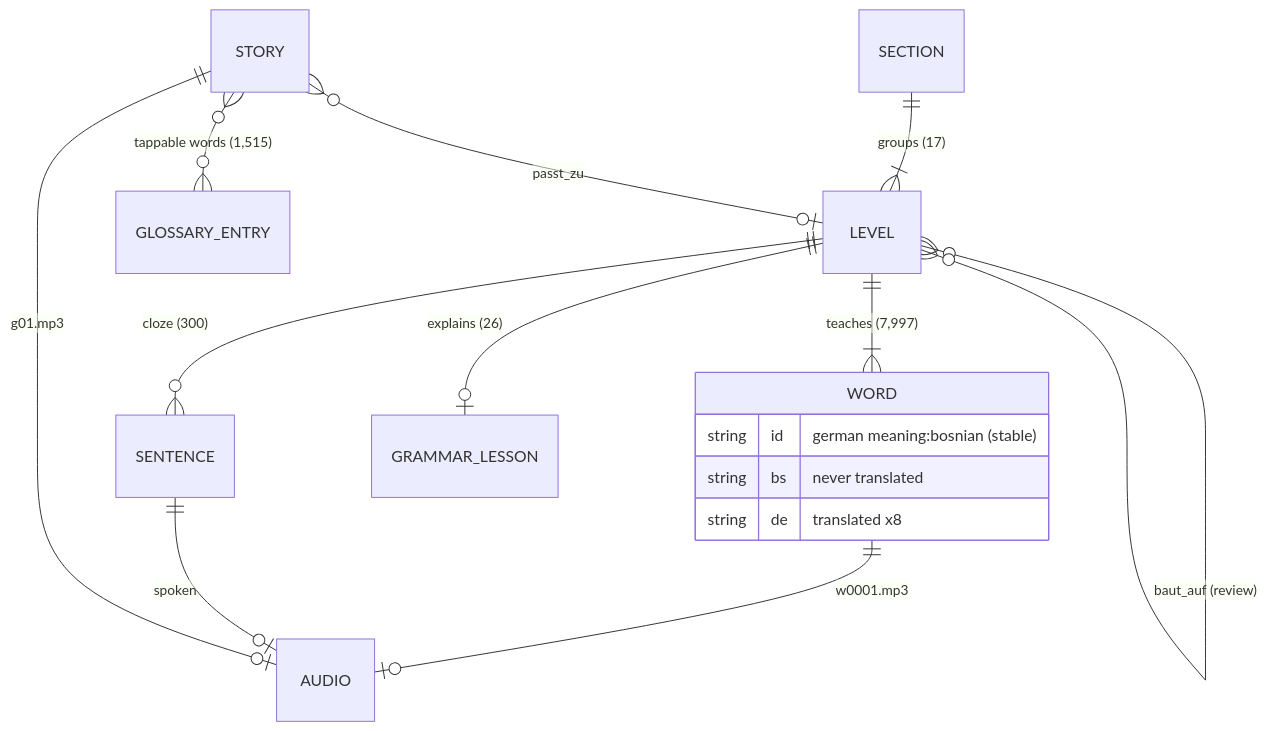
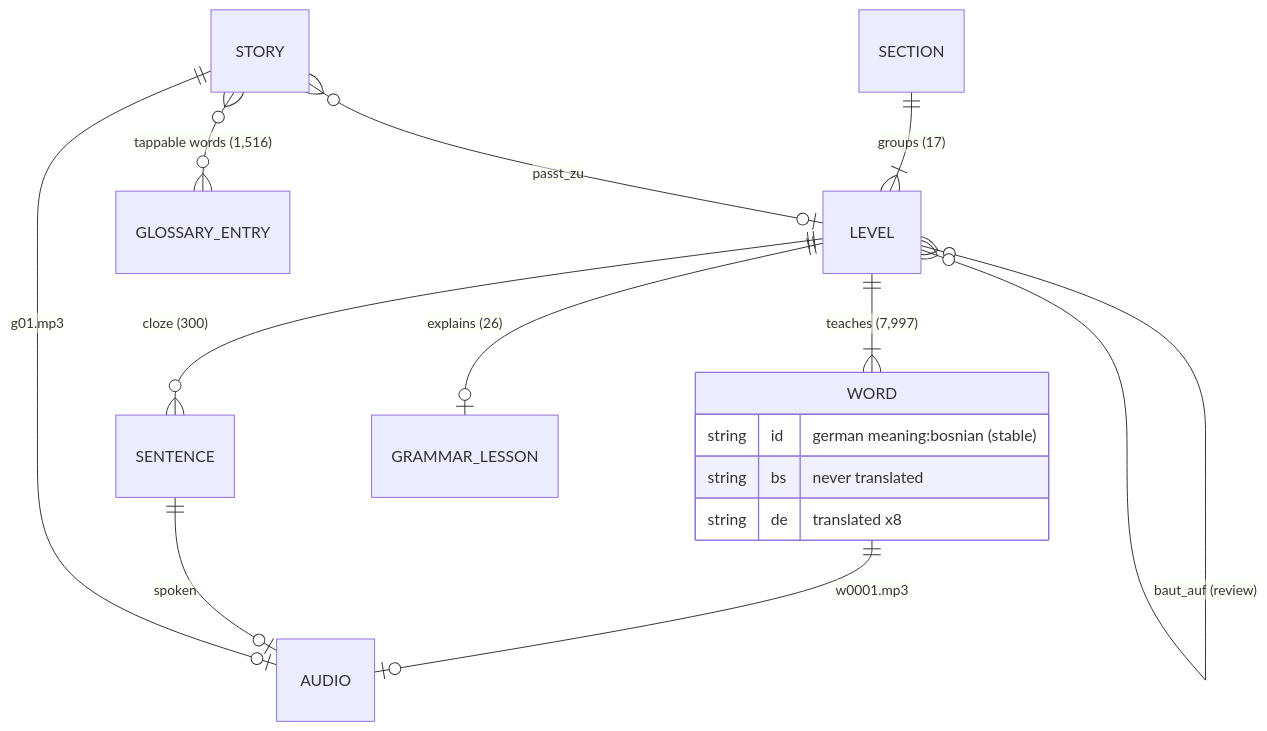
Before and after one commit to zmaj-lernapp/zmaj: the second of 3 diagrams in docs/ARCHITECTURE.md, drawn with Mermaid. The commit also changed 20 other files, not shown here.

````diff
--- a/docs/ARCHITECTURE.md
+++ b/docs/ARCHITECTURE.md
@@ -54,18 +54,18 @@
 ```mermaid
 erDiagram
   SECTION ||--|{ LEVEL : "groups (17)"
   LEVEL ||--|{ WORD : "teaches (7,997)"
   LEVEL ||--o{ SENTENCE : "cloze (300)"
   LEVEL ||--o| GRAMMAR_LESSON : "explains (26)"
   LEVEL }o--o{ LEVEL : "baut_auf (review)"
   STORY }o--o| LEVEL : "passt_zu"
-  STORY }o--o{ GLOSSARY_ENTRY : "tappable words (1,515)"
+  STORY }o--o{ GLOSSARY_ENTRY : "tappable words (1,516)"
   WORD ||--o| AUDIO : "w0001.mp3"
   SENTENCE ||--o| AUDIO : "spoken"
   STORY ||--o| AUDIO : "g01.mp3"
   WORD {
     string id "german meaning:bosnian (stable)"
     string bs "never translated"
     string de "translated x8"
   }
 ```
````
